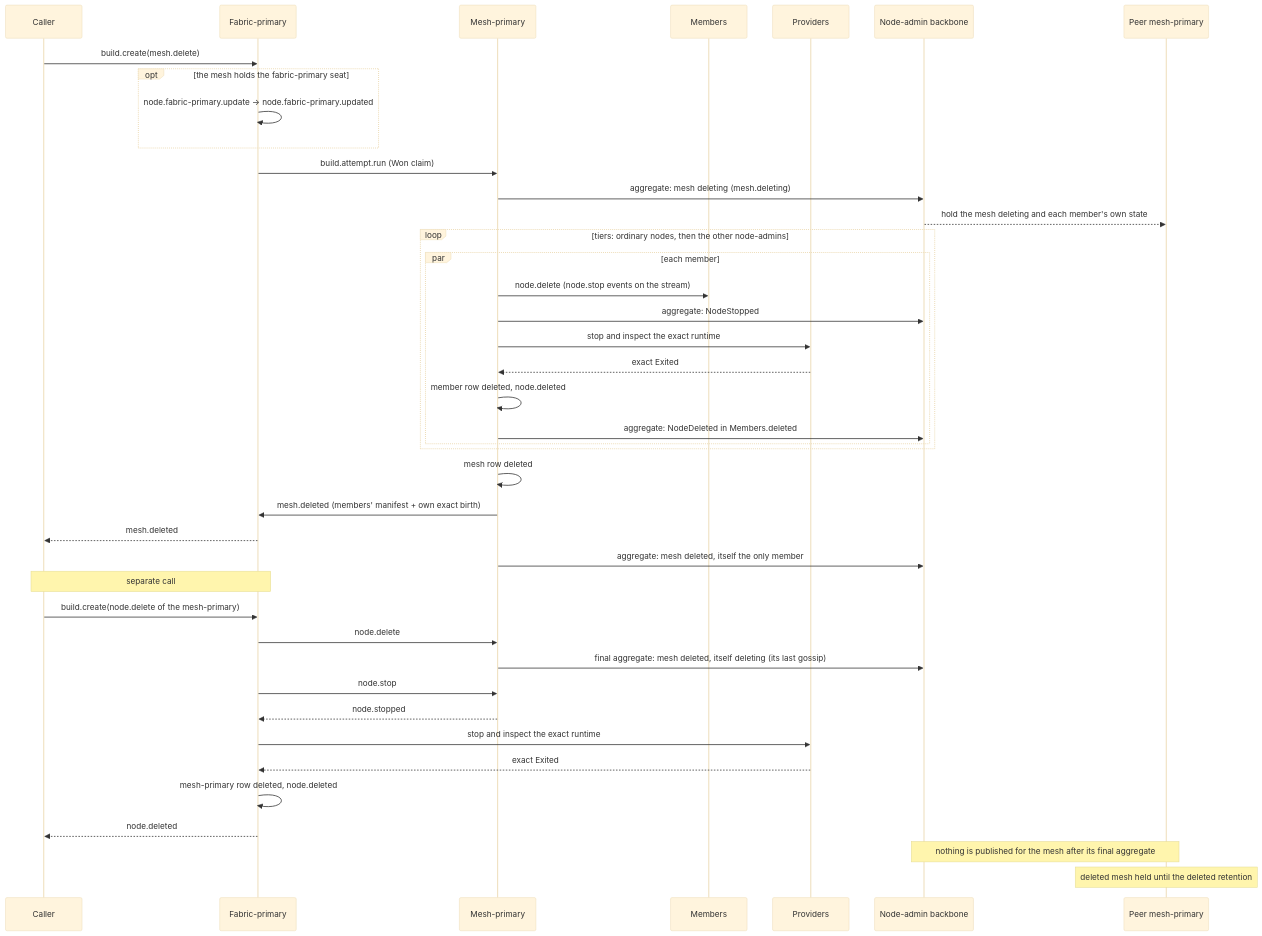
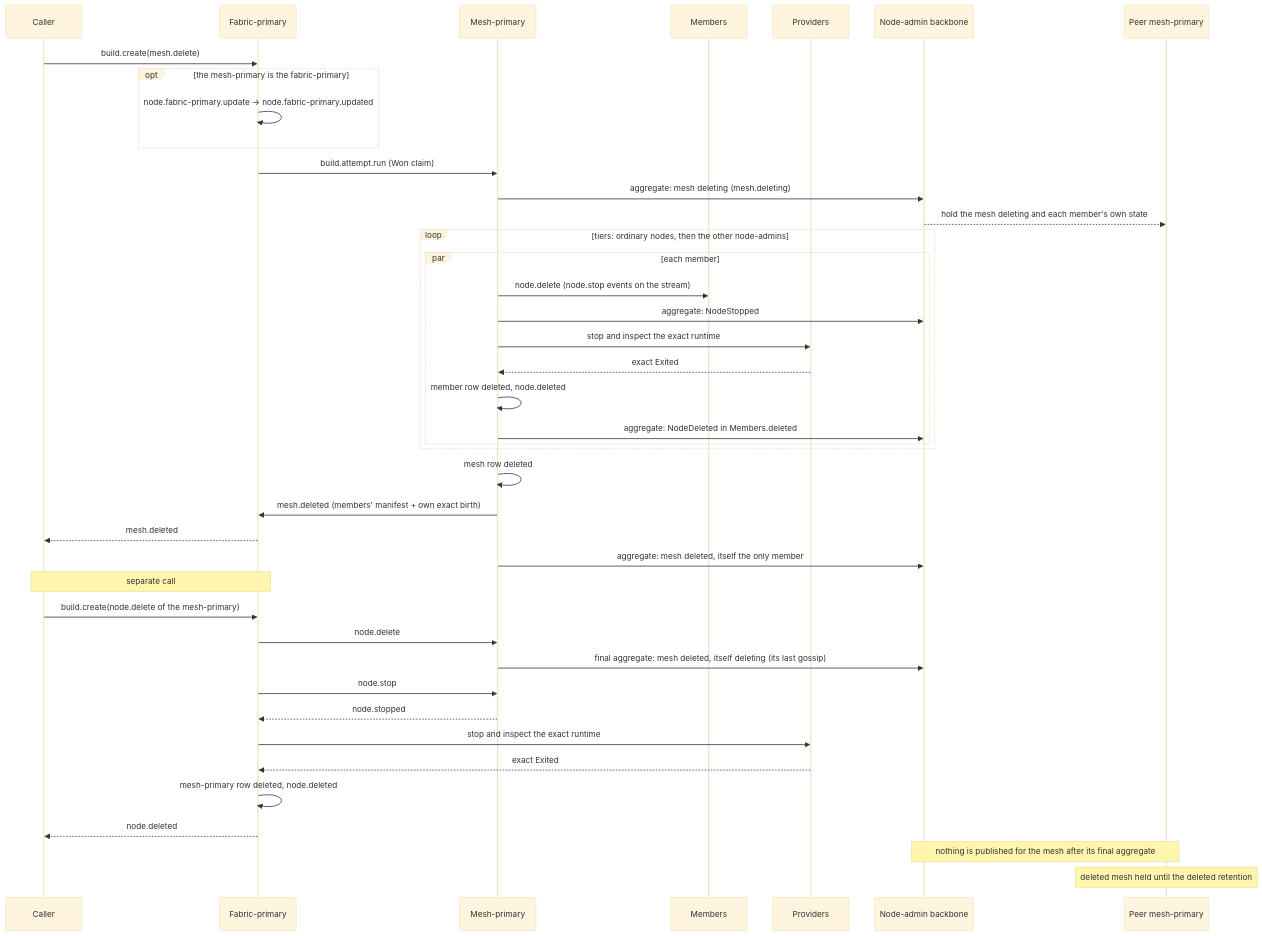
Before and after one commit to drlukeangel/rust-distributed-mesh: the diagram in docs/architecture/lifecycles/mesh-delete.md, drawn with Mermaid (base theme). The commit also changed other lines of this file and 21 other files, not shown here.

````diff
--- a/docs/architecture/lifecycles/mesh-delete.md
+++ b/docs/architecture/lifecycles/mesh-delete.md
@@ -196,43 +196,43 @@
 ```mermaid
 sequenceDiagram
     participant C as Caller
     participant F as Fabric-primary
     participant M as Mesh-primary
     participant N as Members
     participant P as Providers
     participant B as Node-admin backbone
     participant R as Peer mesh-primary
     C->>F: build.create(mesh.delete)
-    opt the mesh holds the fabric-primary seat
+    opt the mesh-primary is the fabric-primary
         F->>F: node.fabric-primary.update → node.fabric-primary.updated
     end
     F->>M: build.attempt.run (Won claim)
     M->>B: aggregate: mesh deleting (mesh.deleting)
     B-->>R: hold the mesh deleting and each member's own state
     loop tiers: ordinary nodes, then the other node-admins
         par each member
             M->>N: node.delete (node.stop events on the stream)
             M->>B: aggregate: NodeStopped
             M->>P: stop and inspect the exact runtime
             P-->>M: exact Exited
             M->>M: member row deleted, node.deleted
             M->>B: aggregate: NodeDeleted in Members.deleted
         end
     end
     M->>M: mesh row deleted
     M->>F: mesh.deleted (members' manifest + own exact birth)
     F-->>C: mesh.deleted
     M->>B: aggregate: mesh deleted, itself the only member
     Note over C,F: separate call
     C->>F: build.create(node.delete of the mesh-primary)
     F->>M: node.delete
     M->>B: final aggregate: mesh deleted, itself deleting (its last gossip)
     F->>M: node.stop
     M-->>F: node.stopped
     F->>P: stop and inspect the exact runtime
     P-->>F: exact Exited
     F->>F: mesh-primary row deleted, node.deleted
     F-->>C: node.deleted
     Note over B,R: nothing is published for the mesh after its final aggregate
     Note over R: deleted mesh held until the deleted retention
 ```
````
